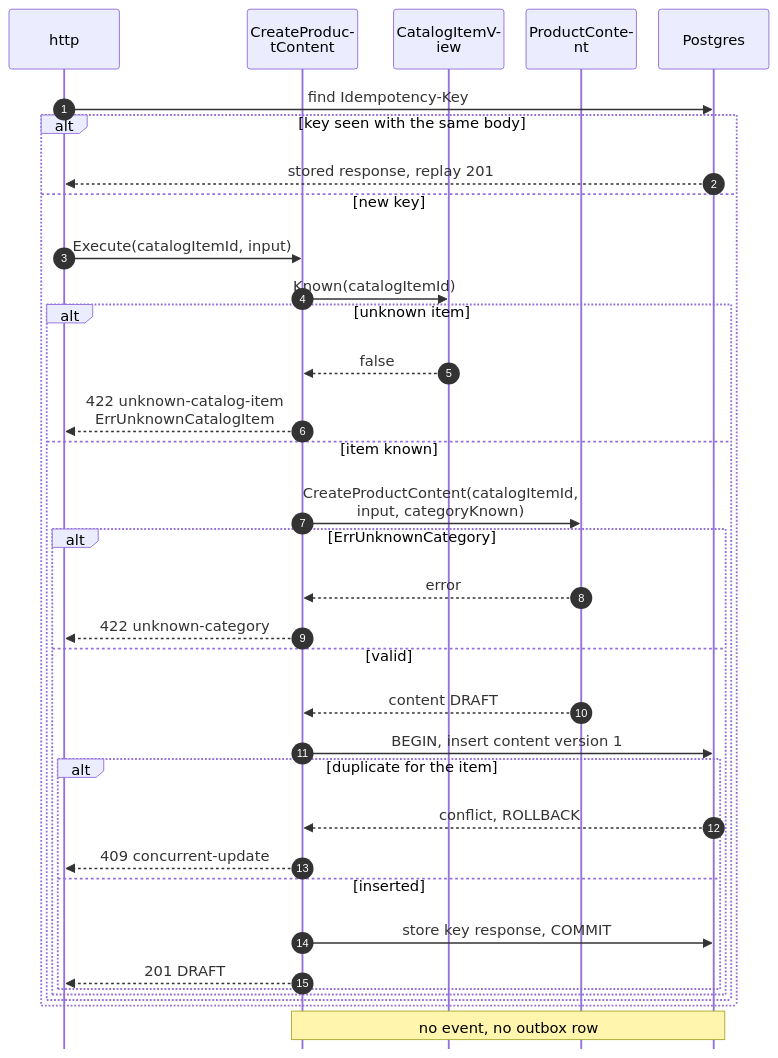
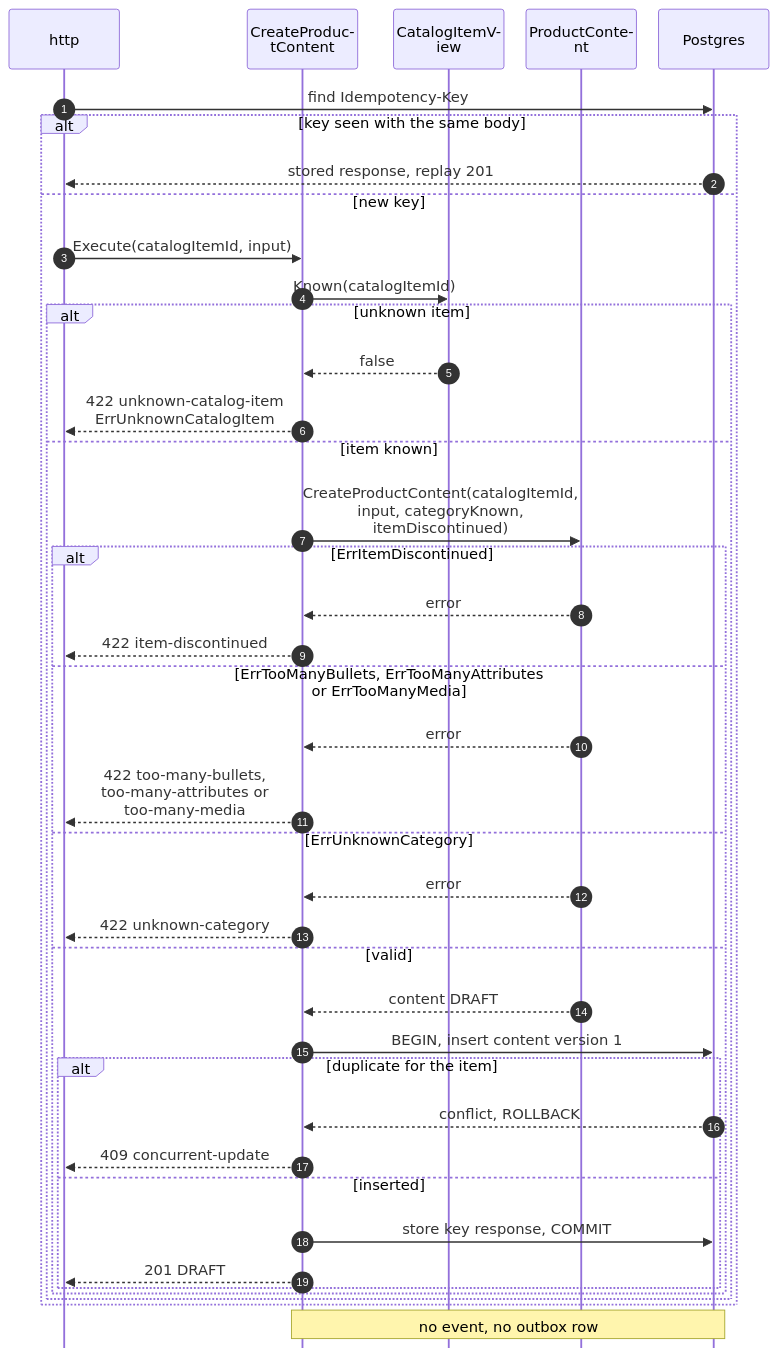
One commit to IQVO/warehouse-docs changed the first of 10 diagrams in storefront/docs/contexts/product-content/sequence-diagrams.md. Above: the diagram before and after it, drawn with Mermaid. The commit also changed other lines of this file and 16 other files, not shown here.

Commit message:
docs(storefront): model-fix 4-5/7 - product-content, product-discovery, shopping-cart decisions applied; checkout model + events (24->26)

````diff
--- a/storefront/docs/contexts/product-content/sequence-diagrams.md
+++ b/storefront/docs/contexts/product-content/sequence-diagrams.md
@@ -32,38 +32,44 @@
 ```mermaid
 %%{init: {"sequence": {"wrap": true, "width": 120, "actorMargin": 24, "messageMargin": 28, "boxMargin": 6, "noteMargin": 6, "mirrorActors": false}}}%%
 sequenceDiagram
     autonumber
     participant H as http
     participant UC as CreateProductContent
     participant V as CatalogItemView
     participant A as ProductContent
     participant DB as Postgres
     H->>DB: find Idempotency-Key
     alt key seen with the same body
         DB-->>H: stored response, replay 201
     else new key
         H->>UC: Execute(catalogItemId, input)
         UC->>V: Known(catalogItemId)
         alt unknown item
             V-->>UC: false
             UC-->>H: 422 unknown-catalog-item<br/>ErrUnknownCatalogItem
         else item known
-            UC->>A: CreateProductContent(catalogItemId, input, categoryKnown)
-            alt ErrUnknownCategory
+            UC->>A: CreateProductContent(catalogItemId, input, categoryKnown, itemDiscontinued)
+            alt ErrItemDiscontinued
+                A-->>UC: error
+                UC-->>H: 422 item-discontinued
+            else ErrTooManyBullets, ErrTooManyAttributes or ErrTooManyMedia
+                A-->>UC: error
+                UC-->>H: 422 too-many-bullets, too-many-attributes or too-many-media
+            else ErrUnknownCategory
                 A-->>UC: error
                 UC-->>H: 422 unknown-category
             else valid
                 A-->>UC: content DRAFT
                 UC->>DB: BEGIN, insert content version 1
                 alt duplicate for the item
                     DB-->>UC: conflict, ROLLBACK
                     UC-->>H: 409 concurrent-update
                 else inserted
                     UC->>DB: store key response, COMMIT
                     UC-->>H: 201 DRAFT
                 end
             end
         end
     end
     Note over UC,DB: no event, no outbox row
 ```
````
